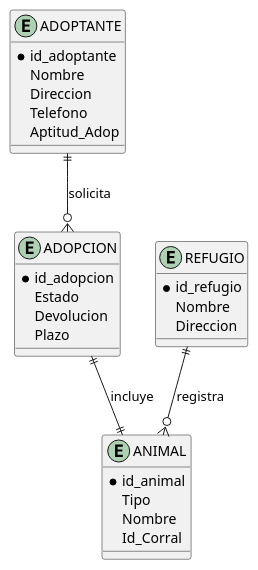
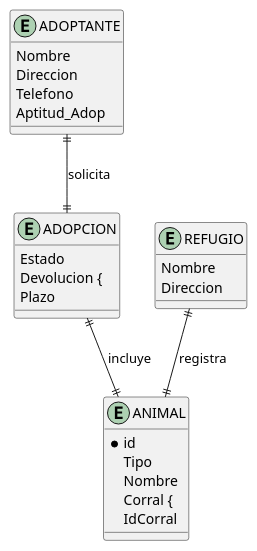
The diagram in Diagramas/diagrama_adopciones.puml (nniccolas/proyecto-refugio-de-animales), drawn with PlantUML before and after one commit.

```diff
--- a/Diagramas/diagrama_adopciones.puml
+++ b/Diagramas/diagrama_adopciones.puml
@@ -1,37 +1,35 @@
 @startuml
 ' Diagrama ER de adopciones
 
 entity ADOPTANTE {
-  *id_adoptante
   Nombre
   Direccion
   Telefono
   Aptitud_Adop
 }
 
 entity REFUGIO {
-  *id_refugio
   Nombre
   Direccion
 }
 
 entity ANIMAL {
-  *id_animal
+  *id
   Tipo
   Nombre
-  Id_Corral
+  Corral {
+    IdCorral
 }
 
 entity ADOPCION {
-  *id_adopcion
   Estado
-  Devolucion
-  Plazo
+  Devolucion {
+    Plazo
 }
 
 ' Relaciones
-ADOPTANTE ||--o{ ADOPCION : solicita
-REFUGIO ||--o{ ANIMAL : registra
+ADOPTANTE ||--|| ADOPCION : solicita
+REFUGIO ||--|| ANIMAL : registra
 ADOPCION ||--|| ANIMAL : incluye
 
 @enduml
```
